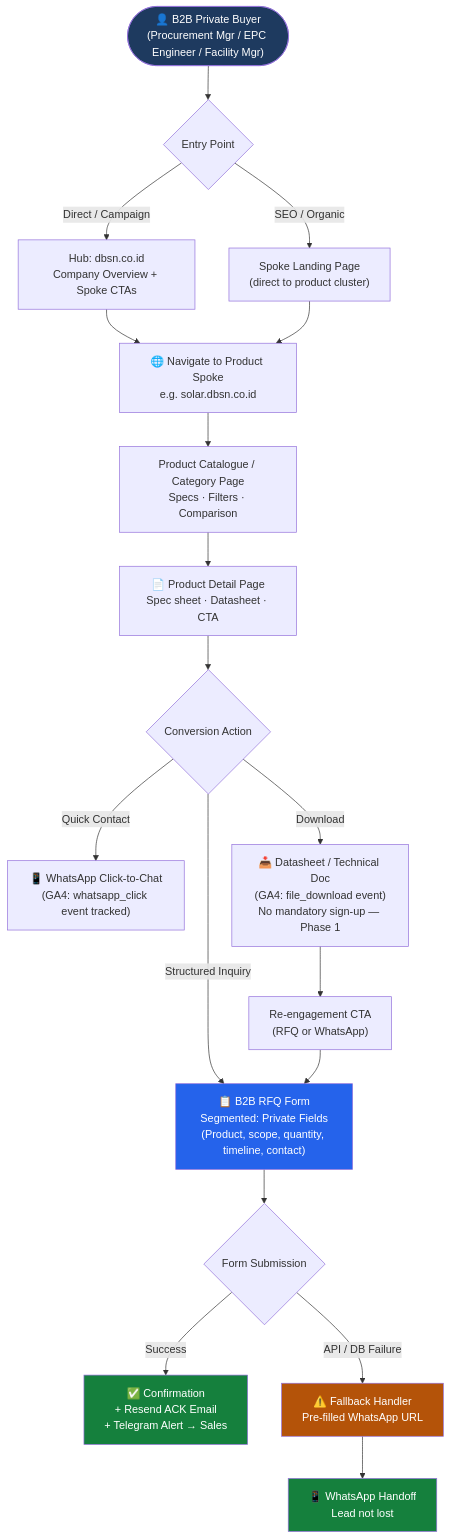
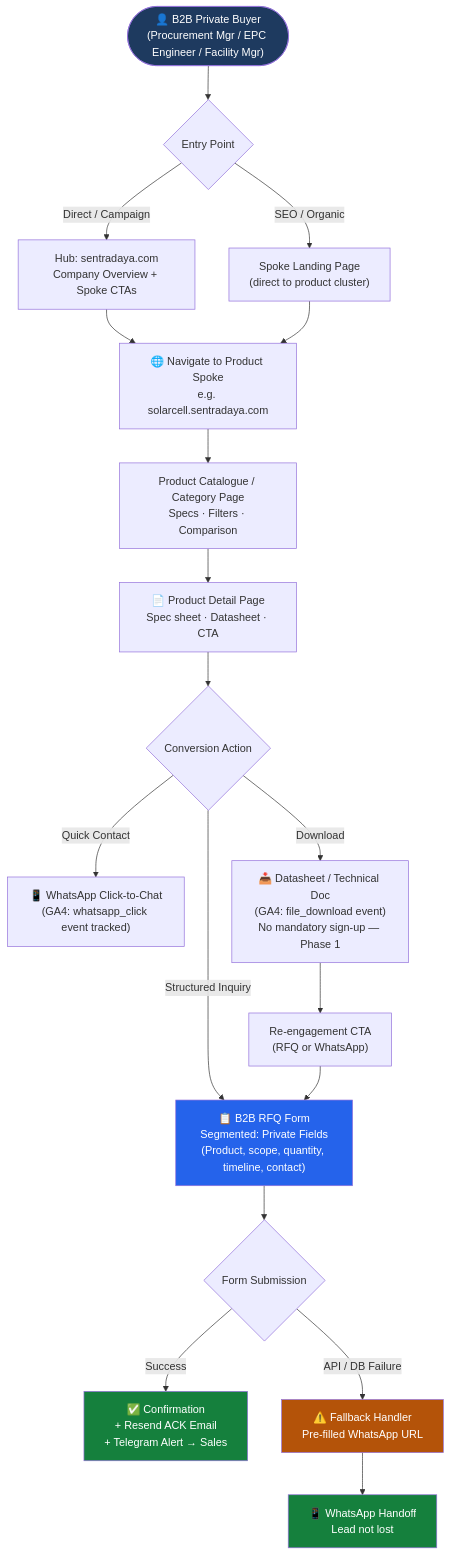
Before and after one commit to pampam666/awesome-website-test: the third of 4 diagrams in prd-v2.md, drawn with Mermaid. The commit also changed other lines of this file, not shown here.

````diff
--- a/prd-v2.md
+++ b/prd-v2.md
@@ -178,27 +178,27 @@
 ```mermaid
 flowchart TD
     A(["👤 B2B Private Buyer\n(Procurement Mgr / EPC Engineer / Facility Mgr)"])
     A --> B{"Entry Point"}
-    B -->|"Direct / Campaign"| C["Hub: dbsn.co.id\nCompany Overview + Spoke CTAs"]
+    B -->|"Direct / Campaign"| C["Hub: sentradaya.com\nCompany Overview + Spoke CTAs"]
     B -->|"SEO / Organic"| D["Spoke Landing Page\n(direct to product cluster)"]
-    C --> E["🌐 Navigate to Product Spoke\ne.g. solar.dbsn.co.id"]
+    C --> E["🌐 Navigate to Product Spoke\ne.g. solarcell.sentradaya.com"]
     D --> E
     E --> F["Product Catalogue / Category Page\nSpecs · Filters · Comparison"]
     F --> G["📄 Product Detail Page\nSpec sheet · Datasheet · CTA"]
     G --> H{"Conversion Action"}
     H -->|"Structured Inquiry"| I["📋 B2B RFQ Form\nSegmented: Private Fields\n(Product, scope, quantity, timeline, contact)"]
     H -->|"Quick Contact"| J["📱 WhatsApp Click-to-Chat\n(GA4: whatsapp_click event tracked)"]
     H -->|"Download"| K["📥 Datasheet / Technical Doc\n(GA4: file_download event)\nNo mandatory sign-up — Phase 1"]
     I --> L{"Form Submission"}
     L -->|"Success"| M["✅ Confirmation\n+ Resend ACK Email\n+ Telegram Alert → Sales"]
     L -->|"API / DB Failure"| N["⚠️ Fallback Handler\nPre-filled WhatsApp URL"]
     N --> O["📱 WhatsApp Handoff\nLead not lost"]
     K --> P["Re-engagement CTA\n(RFQ or WhatsApp)"]
     P --> I
 
     style A fill:#1e3a5f,color:#fff
     style I fill:#2563eb,color:#fff
     style M fill:#15803d,color:#fff
     style N fill:#b45309,color:#fff
     style O fill:#15803d,color:#fff
 ```
````
